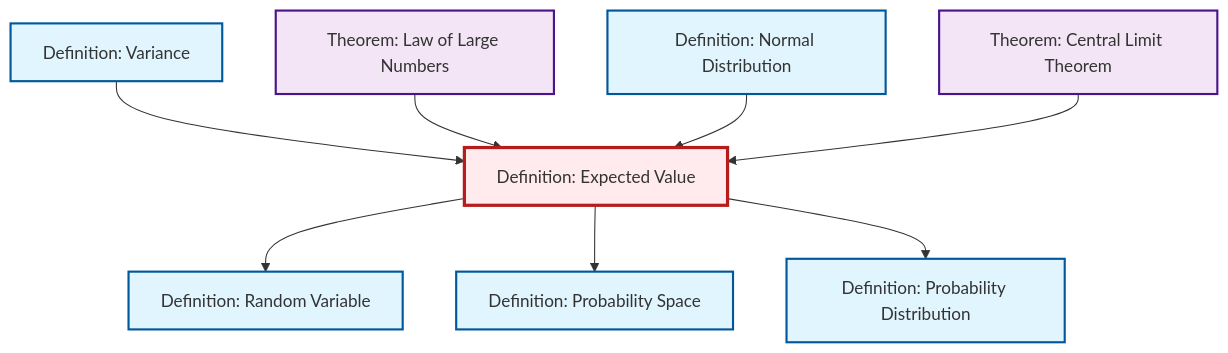
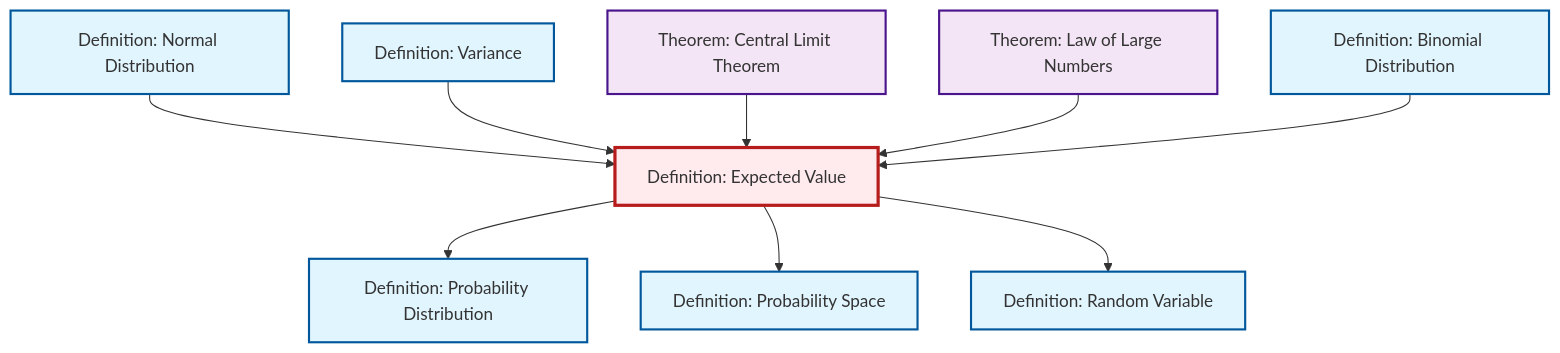
Before and after one commit to RK0429/ModernMath: the second of 2 diagrams in content/ja/probability-statistics/def-expectation.qmd, drawn with Mermaid. The commit also changed 654 other files, not shown here.

````diff
--- a/content/ja/probability-statistics/def-expectation.qmd
+++ b/content/ja/probability-statistics/def-expectation.qmd
@@ -89,32 +89,35 @@
 ```{mermaid}
 %%| fig-cap: "Local dependency graph"
 graph TD
     classDef definition fill:#e1f5fe,stroke:#01579b,stroke-width:2px
     classDef theorem fill:#f3e5f5,stroke:#4a148c,stroke-width:2px
     classDef axiom fill:#fff3e0,stroke:#e65100,stroke-width:2px
     classDef example fill:#e8f5e9,stroke:#1b5e20,stroke-width:2px
     classDef current fill:#ffebee,stroke:#b71c1c,stroke-width:3px
+    def-expectation["Definition: Expected Value"]:::definition
+    def-binomial-distribution["Definition: Binomial Distribution"]:::definition
+    thm-law-of-large-numbers["Theorem: Law of Large Numbers"]:::theorem
+    def-probability-distribution["Definition: Probability Distribution"]:::definition
+    def-normal-distribution["Definition: Normal Distribution"]:::definition
+    def-variance["Definition: Variance"]:::definition
+    def-random-variable["Definition: Random Variable"]:::definition
     thm-central-limit["Theorem: Central Limit Theorem"]:::theorem
     def-probability-space["Definition: Probability Space"]:::definition
-    def-expectation["Definition: Expected Value"]:::definition
-    def-variance["Definition: Variance"]:::definition
-    def-probability-distribution["Definition: Probability Distribution"]:::definition
-    def-normal-distribution["Definition: Normal Distribution"]:::definition
-    thm-law-of-large-numbers["Theorem: Law of Large Numbers"]:::theorem
-    def-random-variable["Definition: Random Variable"]:::definition
+    def-expectation --> def-probability-distribution
+    def-normal-distribution --> def-expectation
     def-variance --> def-expectation
+    def-expectation --> def-probability-space
+    def-expectation --> def-random-variable
+    thm-central-limit --> def-expectation
     thm-law-of-large-numbers --> def-expectation
-    def-normal-distribution --> def-expectation
-    def-expectation --> def-random-variable
-    def-expectation --> def-probability-space
-    def-expectation --> def-probability-distribution
-    thm-central-limit --> def-expectation
+    def-binomial-distribution --> def-expectation
     class def-expectation current
+    click def-binomial-distribution "def-binomial-distribution.html" "Definition: Binomial Distributionへ"
+    click thm-law-of-large-numbers "thm-law-of-large-numbers.html" "Theorem: Law of Large Numbersへ"
+    click def-probability-distribution "def-probability-distribution.html" "Definition: Probability Distributionへ"
+    click def-normal-distribution "def-normal-distribution.html" "Definition: Normal Distributionへ"
+    click def-variance "def-variance.html" "Definition: Varianceへ"
+    click def-random-variable "def-random-variable.html" "Definition: Random Variableへ"
     click thm-central-limit "thm-central-limit.html" "Theorem: Central Limit Theoremへ"
     click def-probability-space "def-probability-space.html" "Definition: Probability Spaceへ"
-    click def-variance "def-variance.html" "Definition: Varianceへ"
-    click def-probability-distribution "def-probability-distribution.html" "Definition: Probability Distributionへ"
-    click def-normal-distribution "def-normal-distribution.html" "Definition: Normal Distributionへ"
-    click thm-law-of-large-numbers "thm-law-of-large-numbers.html" "Theorem: Law of Large Numbersへ"
-    click def-random-variable "def-random-variable.html" "Definition: Random Variableへ"
 ```
````
